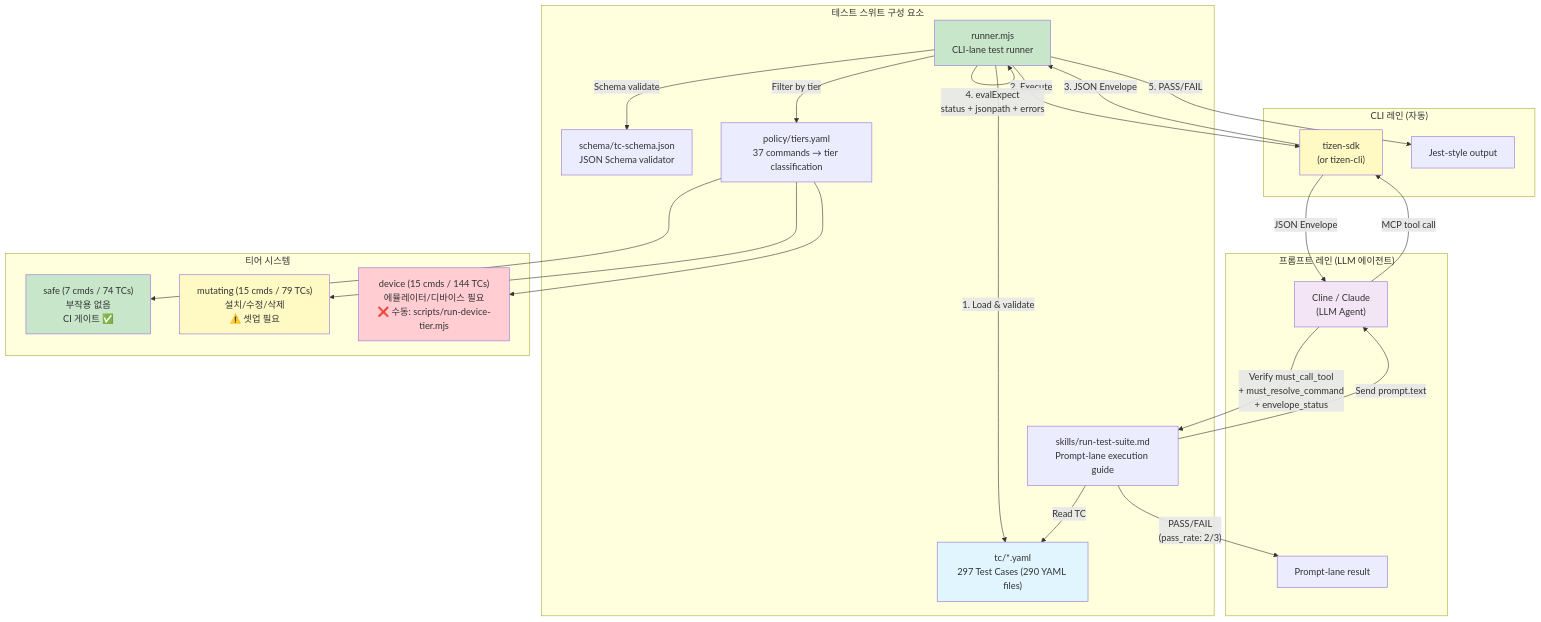
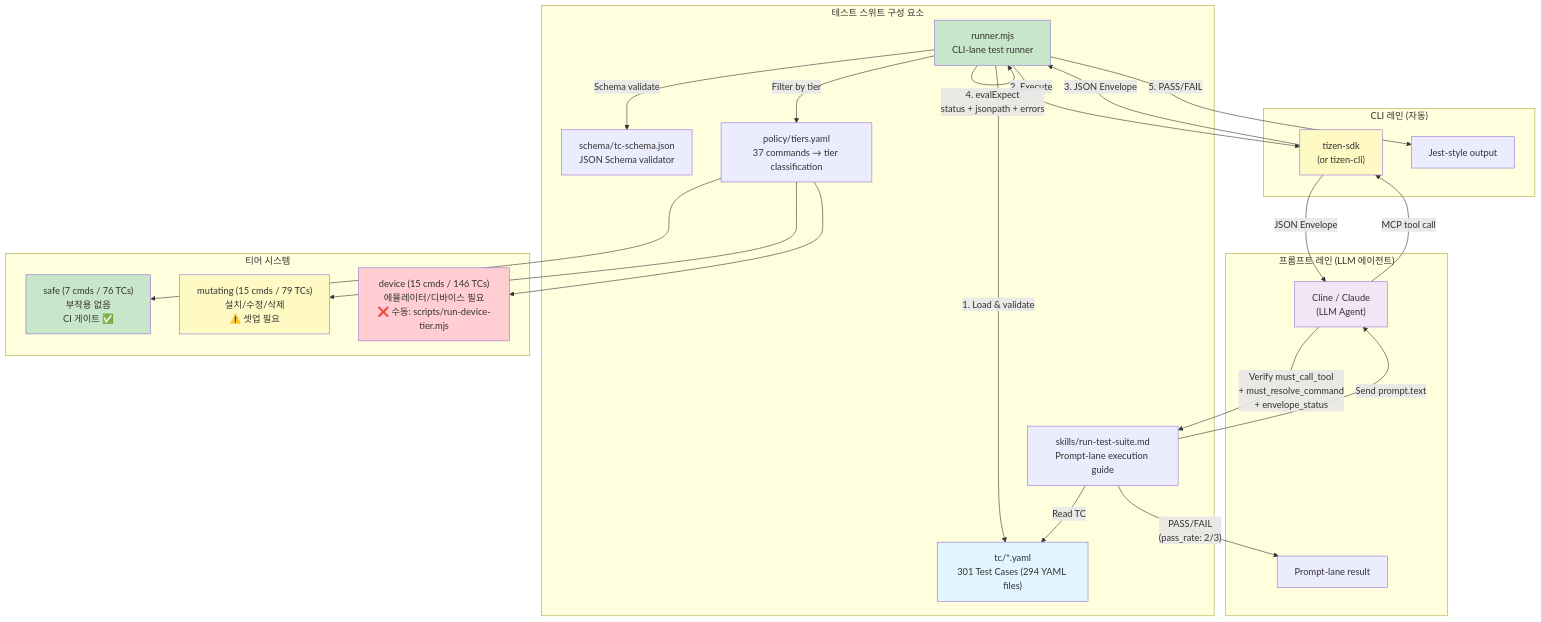
Before and after one commit to Samsung/tizen-agent-skills: the first of 4 diagrams in tizen-sdk-skills/tests/README.ko.md, drawn with Mermaid. The commit also changed other lines of this file and 9 other files, not shown here.

First line of the commit message:
test(tizen-sdk-skills): add TCs for --default emulator creation

````diff
--- a/tizen-sdk-skills/tests/README.ko.md
+++ b/tizen-sdk-skills/tests/README.ko.md
@@ -11,46 +11,46 @@
 ```mermaid
 graph TB
     subgraph "테스트 스위트 구성 요소"
-        TC["tc/*.yaml<br/>297 Test Cases (290 YAML files)"]
+        TC["tc/*.yaml<br/>301 Test Cases (294 YAML files)"]
         SCHEMA["schema/tc-schema.json<br/>JSON Schema validator"]
         POLICY["policy/tiers.yaml<br/>37 commands → tier classification"]
         RUNNER["runner.mjs<br/>CLI-lane test runner"]
         SKILLS["skills/run-test-suite.md<br/>Prompt-lane execution guide"]
     end
 
     subgraph "CLI 레인 (자동)"
         RUNNER -->|"1. Load & validate"| TC
         RUNNER -->|"Schema validate"| SCHEMA
         RUNNER -->|"Filter by tier"| POLICY
         RUNNER -->|"2. Execute"| PLUGIN["tizen-sdk<br/>(or tizen-cli)"]
         PLUGIN -->|"3. JSON Envelope"| RUNNER
         RUNNER -->|"4. evalExpect<br/>status + jsonpath + errors"| RUNNER
         RUNNER -->|"5. PASS/FAIL"| RESULT["Jest-style output"]
     end
 
     subgraph "프롬프트 레인 (LLM 에이전트)"
         SKILLS -->|"Read TC"| TC
         SKILLS -->|"Send prompt.text"| LLM["Cline / Claude<br/>(LLM Agent)"]
         LLM -->|"MCP tool call"| PLUGIN
         PLUGIN -->|"JSON Envelope"| LLM
         LLM -->|"Verify must_call_tool<br/>+ must_resolve_command<br/>+ envelope_status"| SKILLS
         SKILLS -->|"PASS/FAIL<br/>(pass_rate: 2/3)"| RESULT2["Prompt-lane result"]
     end
 
     subgraph "티어 시스템"
-        SAFE["safe (7 cmds / 74 TCs)<br/>부작용 없음<br/>CI 게이트 ✅"]
+        SAFE["safe (7 cmds / 76 TCs)<br/>부작용 없음<br/>CI 게이트 ✅"]
         MUTATING["mutating (15 cmds / 79 TCs)<br/>설치/수정/삭제<br/>⚠️ 셋업 필요"]
-        DEVICE["device (15 cmds / 144 TCs)<br/>에뮬레이터/디바이스 필요<br/>❌ 수동: scripts/run-device-tier.mjs"]
+        DEVICE["device (15 cmds / 146 TCs)<br/>에뮬레이터/디바이스 필요<br/>❌ 수동: scripts/run-device-tier.mjs"]
         POLICY --> SAFE
         POLICY --> MUTATING
         POLICY --> DEVICE
     end
 
     style TC fill:#e1f5fe
     style RUNNER fill:#c8e6c9
     style PLUGIN fill:#fff9c4
     style LLM fill:#f3e5f5
     style SAFE fill:#c8e6c9
     style MUTATING fill:#fff9c4
     style DEVICE fill:#ffcdd2
 ```
````
